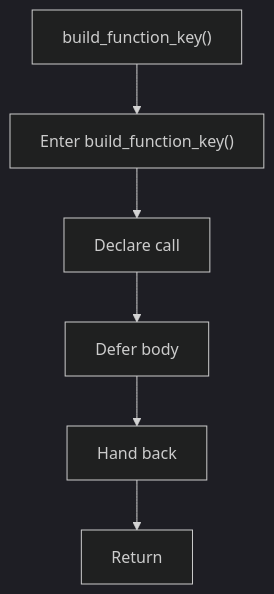
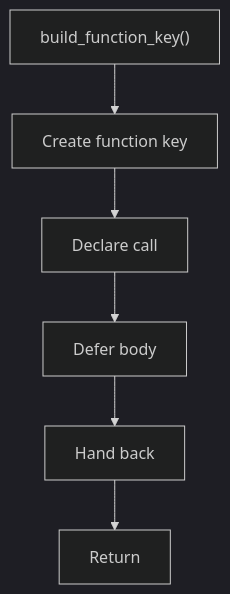
Before and after one commit to JohnAndrewBalbarosa/NeoTerritory: the diagram in docs/Codebase/Microservice/Modules/Header/SyntacticBrokenAST/Analysis/ImplementationUse/Resolution/Symbols/Internal/Flow/functions/build_function_key.hpp.md, drawn with Mermaid (dark theme). The commit also changed other lines of this file and 925 other files, not shown here.

````diff
--- a/docs/Codebase/Microservice/Modules/Header/SyntacticBrokenAST/Analysis/ImplementationUse/Resolution/Symbols/Internal/Flow/functions/build_function_key.hpp.md
+++ b/docs/Codebase/Microservice/Modules/Header/SyntacticBrokenAST/Analysis/ImplementationUse/Resolution/Symbols/Internal/Flow/functions/build_function_key.hpp.md
@@ -16,14 +16,14 @@
 ```mermaid
 flowchart TD
     Start["build_function_key()"]
-    N0["Enter build_function_key()"]
+    N0["Create function key"]
     N1["Declare call"]
     N2["Defer body"]
     N3["Hand back"]
     End["Return"]
     Start --> N0
     N0 --> N1
     N1 --> N2
     N2 --> N3
     N3 --> End
 ```
````
